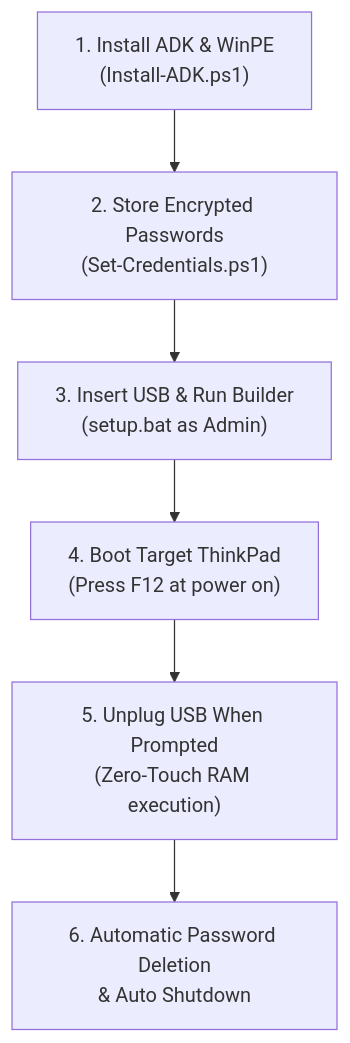
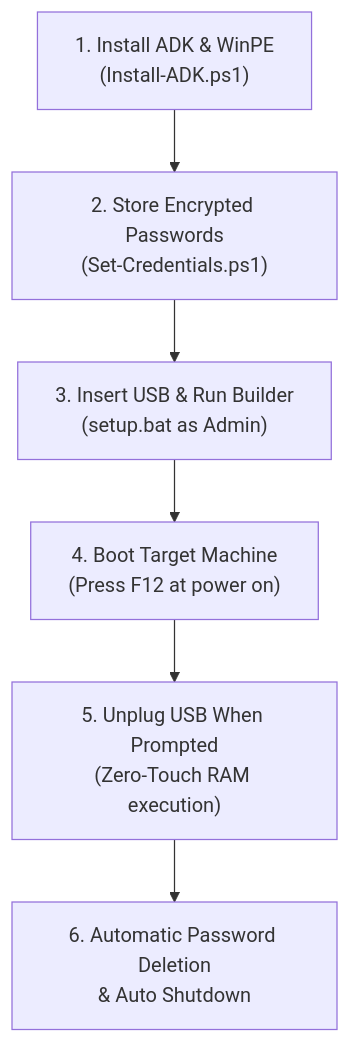
The diagram in README.md (Ratthabhumi/USB_PasswordDeleter), drawn with Mermaid before and after one commit. The commit also changed other lines of this file and 3 other files, not shown here.

Commit message:
Docs: Update CheatSheet, README, Roadmap and export project chat history

````diff
--- a/README.md
+++ b/README.md
@@ -37,8 +37,8 @@
 ```mermaid
 flowchart TD
     A["1. Install ADK & WinPE<br/>(Install-ADK.ps1)"] --> B["2. Store Encrypted Passwords<br/>(Set-Credentials.ps1)"]
     B --> C["3. Insert USB & Run Builder<br/>(setup.bat as Admin)"]
-    C --> D["4. Boot Target ThinkPad<br/>(Press F12 at power on)"]
+    C --> D["4. Boot Target Machine<br/>(Press F12 at power on)"]
     D --> E["5. Unplug USB When Prompted<br/>(Zero-Touch RAM execution)"]
     E --> F["6. Automatic Password Deletion<br/>& Auto Shutdown"]
 ```
````
